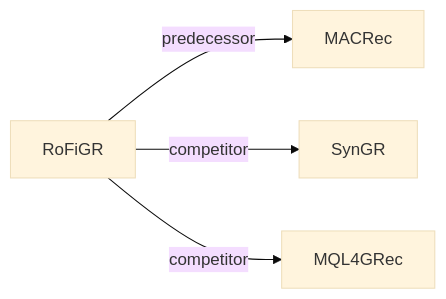
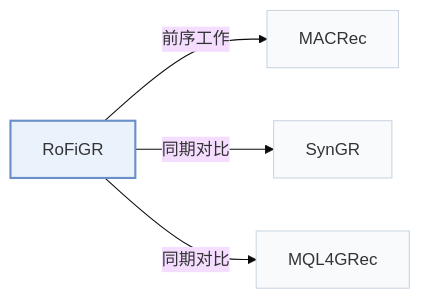
The second of 2 diagrams in pages/zh/papers/rofigr.md (Galaxy-ghost/Awesome-SID-Generative-Rec), drawn with Mermaid (base theme) before and after one commit. The commit also changed other lines of this file and 649 other files, not shown here.

Commit message:
writer-05: also tags and modality index (schema, check, build, visuals); summary field removed; calibration data for 12 papers

````diff
--- a/pages/zh/papers/rofigr.md
+++ b/pages/zh/papers/rofigr.md
@@ -69,7 +74,11 @@
 ```mermaid
 flowchart LR
     P["RoFiGR"]
-    P -->|predecessor| A["MACRec"]
-    P -->|competitor| B["SynGR"]
-    P -->|competitor| C["MQL4GRec"]
+    P -->|"前序工作"| A["MACRec"]
+    P -->|"同期对比"| B["SynGR"]
+    P -->|"同期对比"| C["MQL4GRec"]
+    classDef main fill:#eaf2fb,stroke:#6b8fc7,stroke-width:2px
+    classDef peer fill:#f8fafc,stroke:#cbd5e1
+    class P main
+    class A,B,C peer
 ```
````
